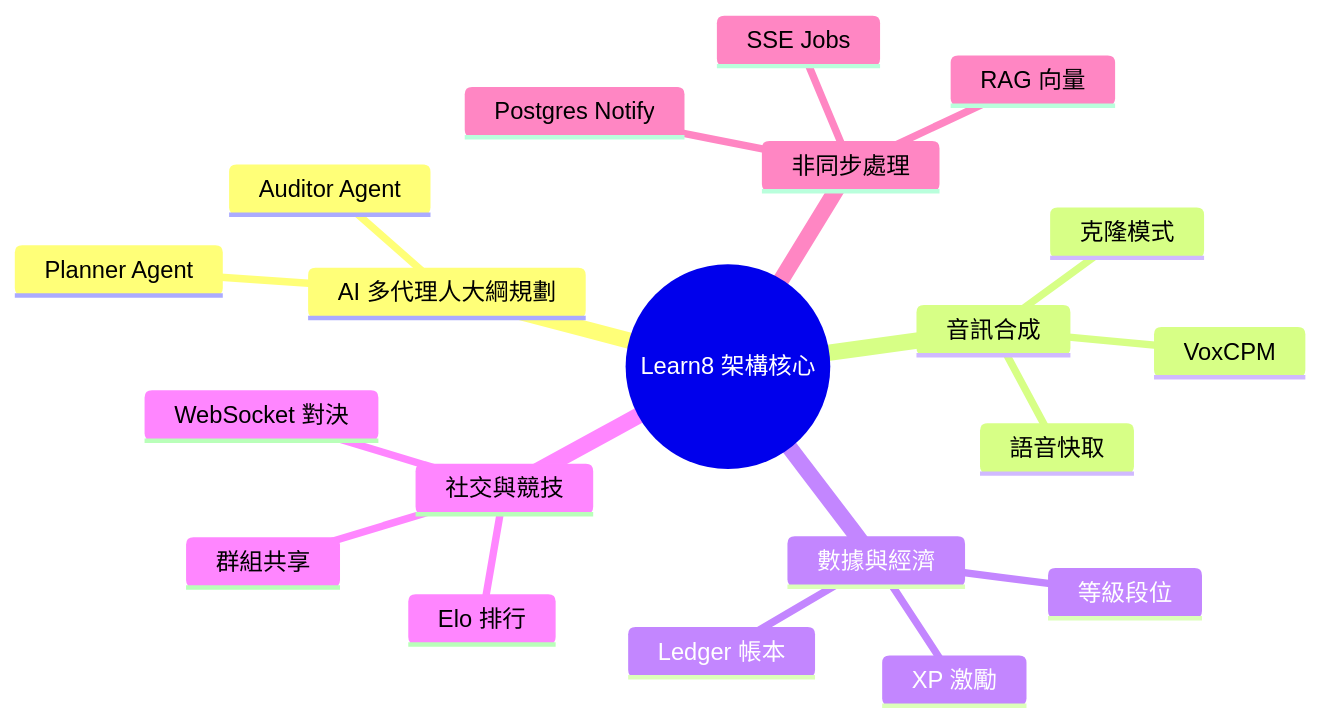
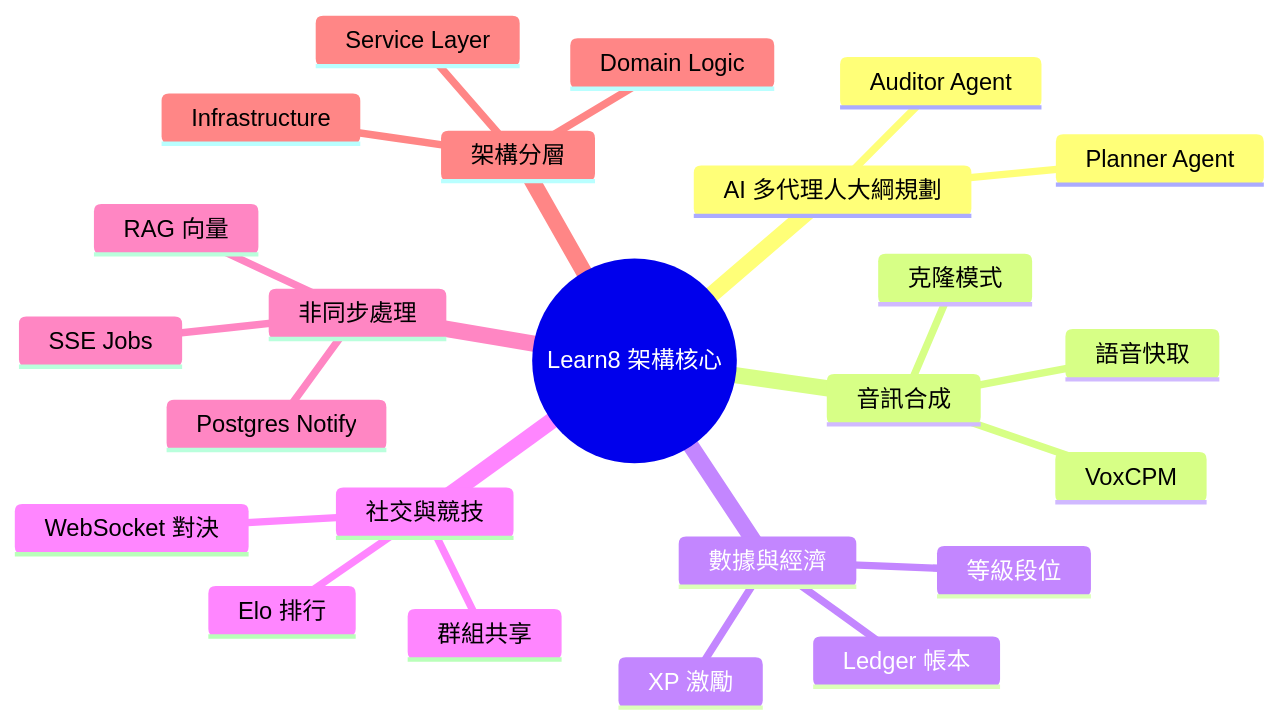
One commit to kaigiii/Learn8 changed the diagram in docs/active_docs/6_architecture_overview.md. Above: the diagram before and after it, drawn with Mermaid. The commit also changed other lines of this file and 17 other files, not shown here.

````diff
--- a/docs/active_docs/6_architecture_overview.md
+++ b/docs/active_docs/6_architecture_overview.md
@@ -27,23 +48,27 @@
 ```mermaid
 mindmap
   root((Learn8 架構核心))
     AI 多代理人大綱規劃
       Planner Agent
       Auditor Agent
     音訊合成
       VoxCPM
       克隆模式
       語音快取
     數據與經濟
       Ledger 帳本
       XP 激勵
       等級段位
     社交與競技
       Elo 排行
       WebSocket 對決
       群組共享
     非同步處理
       SSE Jobs
       Postgres Notify
       RAG 向量
+    架構分層
+      Service Layer
+      Domain Logic
+      Infrastructure
 ```
````
